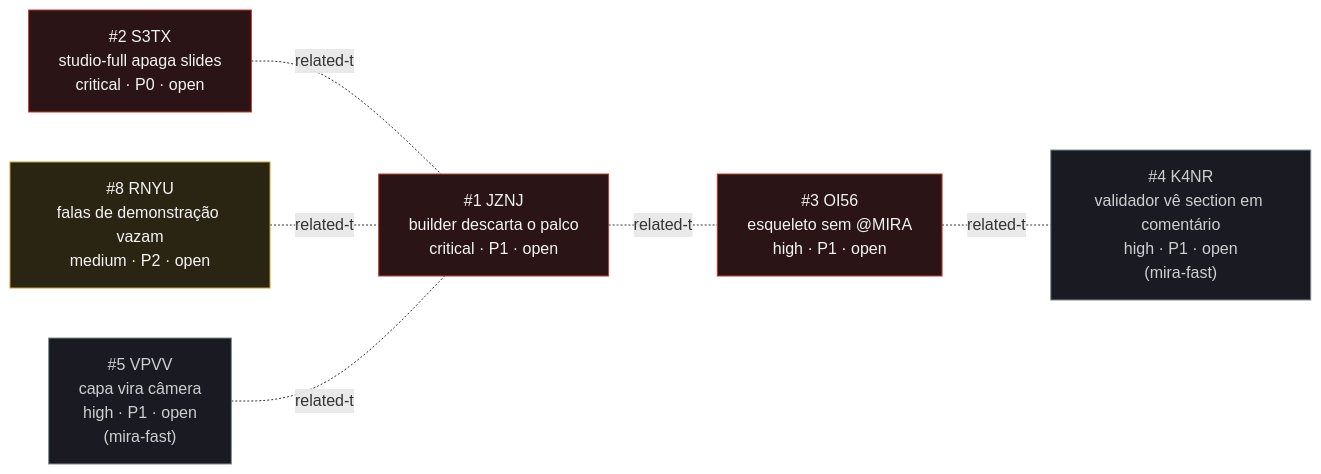
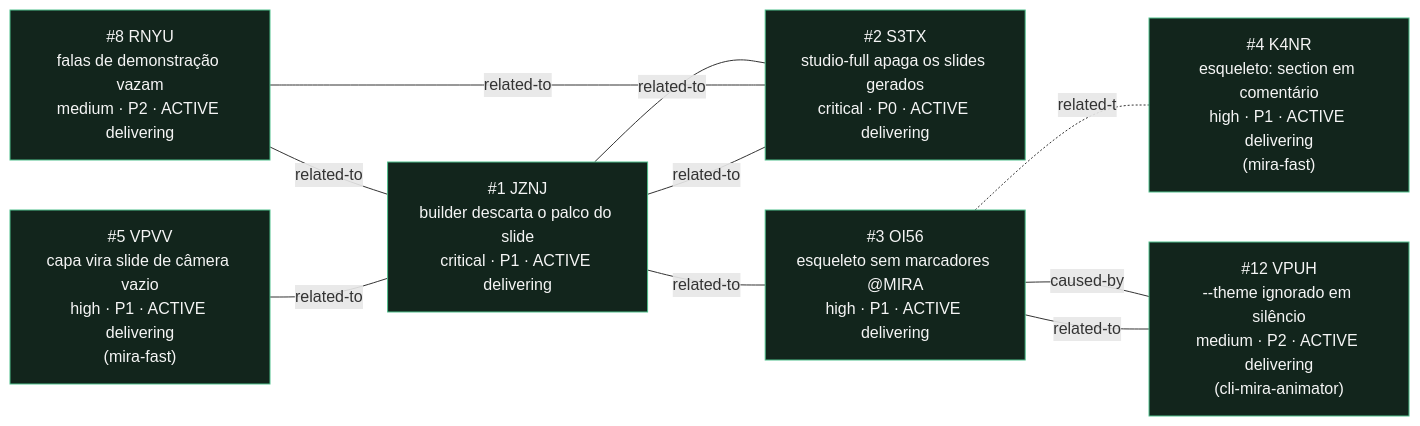
One commit to sandeco/mira-animator changed the diagram in _reversa_bugs/templates-studio/generated/graph.md. Above: the diagram before and after it, drawn with Mermaid. The commit also changed other lines of this file and 68 other files, not shown here.

First line of the commit message:
fix(mira-fast,templates-studio): corrige os oito bugs abertos do registro

````diff
--- a/_reversa_bugs/templates-studio/generated/graph.md
+++ b/_reversa_bugs/templates-studio/generated/graph.md
@@ -10,22 +7,32 @@
 ```mermaid
 graph LR
-  S3TX["#2 S3TX<br/>studio-full apaga slides<br/>critical · P0 · open"]
-  JZNJ["#1 JZNJ<br/>builder descarta o palco<br/>critical · P1 · open"]
-  OI56["#3 OI56<br/>esqueleto sem @MIRA<br/>high · P1 · open"]
-  RNYU["#8 RNYU<br/>falas de demonstração vazam<br/>medium · P2 · open"]
-  K4NR["#4 K4NR<br/>validador vê section em comentário<br/>high · P1 · open<br/>(mira-fast)"]
-  VPVV["#5 VPVV<br/>capa vira câmera<br/>high · P1 · open<br/>(mira-fast)"]
+  JZNJ["#1 JZNJ<br/>builder descarta o palco do slide<br/>critical · P1 · ACTIVE delivering"]
+  S3TX["#2 S3TX<br/>studio-full apaga os slides gerados<br/>critical · P0 · ACTIVE delivering"]
+  OI56["#3 OI56<br/>esqueleto sem marcadores @MIRA<br/>high · P1 · ACTIVE delivering"]
+  RNYU["#8 RNYU<br/>falas de demonstração vazam<br/>medium · P2 · ACTIVE delivering"]
+  K4NR["#4 K4NR<br/>esqueleto: section em comentário<br/>high · P1 · ACTIVE delivering<br/>(mira-fast)"]
+  VPUH["#12 VPUH<br/>--theme ignorado em silêncio<br/>medium · P2 · ACTIVE delivering<br/>(cli-mira-animator)"]
+  VPVV["#5 VPVV<br/>capa vira slide de câmera vazio<br/>high · P1 · ACTIVE delivering<br/>(mira-fast)"]
 
-  S3TX -.related-to.- JZNJ
-  RNYU -.related-to.- JZNJ
-  VPVV -.related-to.- JZNJ
-  JZNJ -.related-to.- OI56
+  JZNJ ---|related-to| OI56
+  JZNJ ---|related-to| S3TX
+  S3TX ---|related-to| JZNJ
   OI56 -.related-to.- K4NR
+  OI56 ---|caused-by| VPUH
+  RNYU ---|related-to| JZNJ
+  RNYU ---|related-to| S3TX
+  VPVV ---|related-to| JZNJ
+  VPUH ---|related-to| OI56
 
+  classDef critico fill:#2a1014,stroke:#e05260,color:#f5f5f5
   classDef aberto fill:#2a1416,stroke:#c0392b,color:#f5f5f5
   classDef medio fill:#2a2413,stroke:#c8a02c,color:#f5f5f5
-  classDef externo fill:#1a1a22,stroke:#7f8c8d,color:#cfcfcf
-  class S3TX,JZNJ,OI56 aberto
-  class RNYU medio
-  class K4NR,VPVV externo
+  classDef entregando fill:#12251c,stroke:#4fbf8b,color:#f5f5f5
+  class JZNJ entregando
+  class S3TX entregando
+  class OI56 entregando
+  class RNYU entregando
+  class K4NR entregando
+  class VPUH entregando
+  class VPVV entregando
 ```
````
